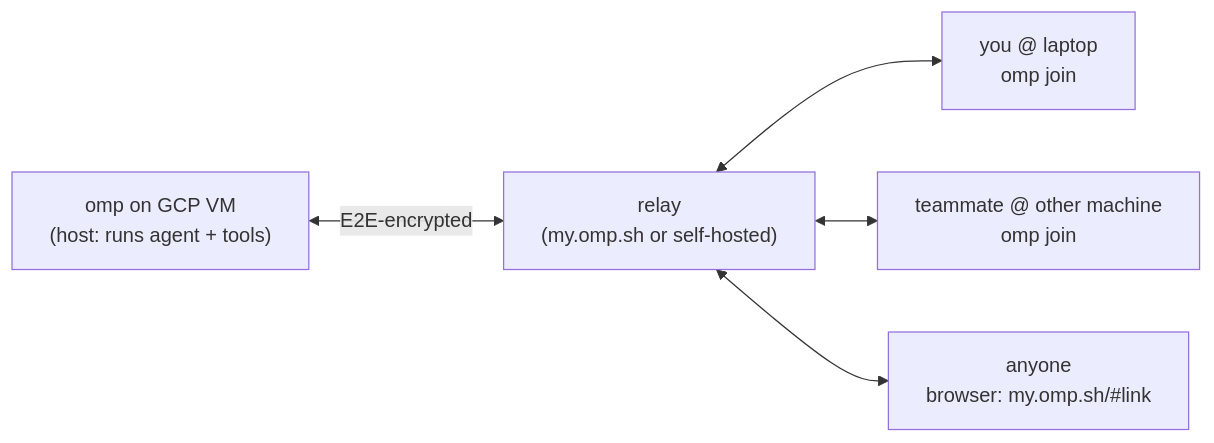
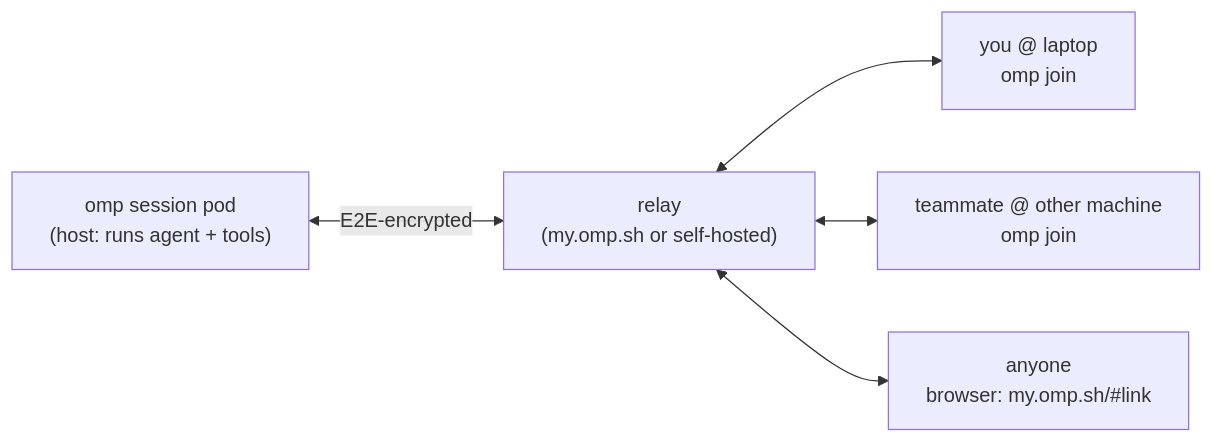
Before and after one commit to james-nesbitt/collab-agent: the diagram in docs/planning/collab-analysis.md, drawn with Mermaid. The commit also changed other lines of this file and 36 other files, not shown here.

First line of the commit message:
Migrate from GCP VM/SSH/tmux to GKE Session operator (#7)

````diff
--- a/docs/planning/collab-analysis.md
+++ b/docs/planning/collab-analysis.md
@@ -23,12 +23,12 @@
 ```mermaid
 graph LR
-  VM["omp on GCP VM<br/>(host: runs agent + tools)"]
+  POD["omp session pod<br/>(host: runs agent + tools)"]
   R["relay<br/>(my.omp.sh or self-hosted)"]
   A["you @ laptop<br/>omp join"]
   B["teammate @ other machine<br/>omp join"]
   C["anyone<br/>browser: my.omp.sh/#link"]
-  VM <-->|E2E-encrypted| R
+  POD <-->|E2E-encrypted| R
   R <--> A
   R <--> B
   R <--> C
 ```
````
